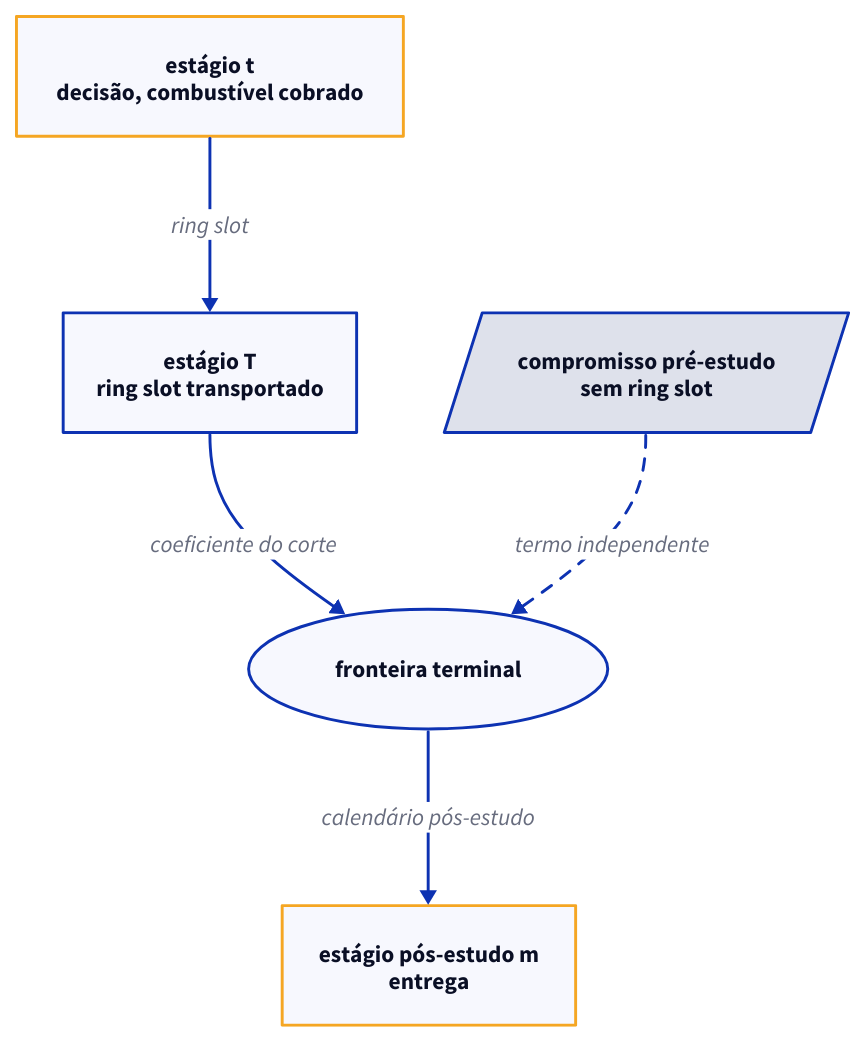
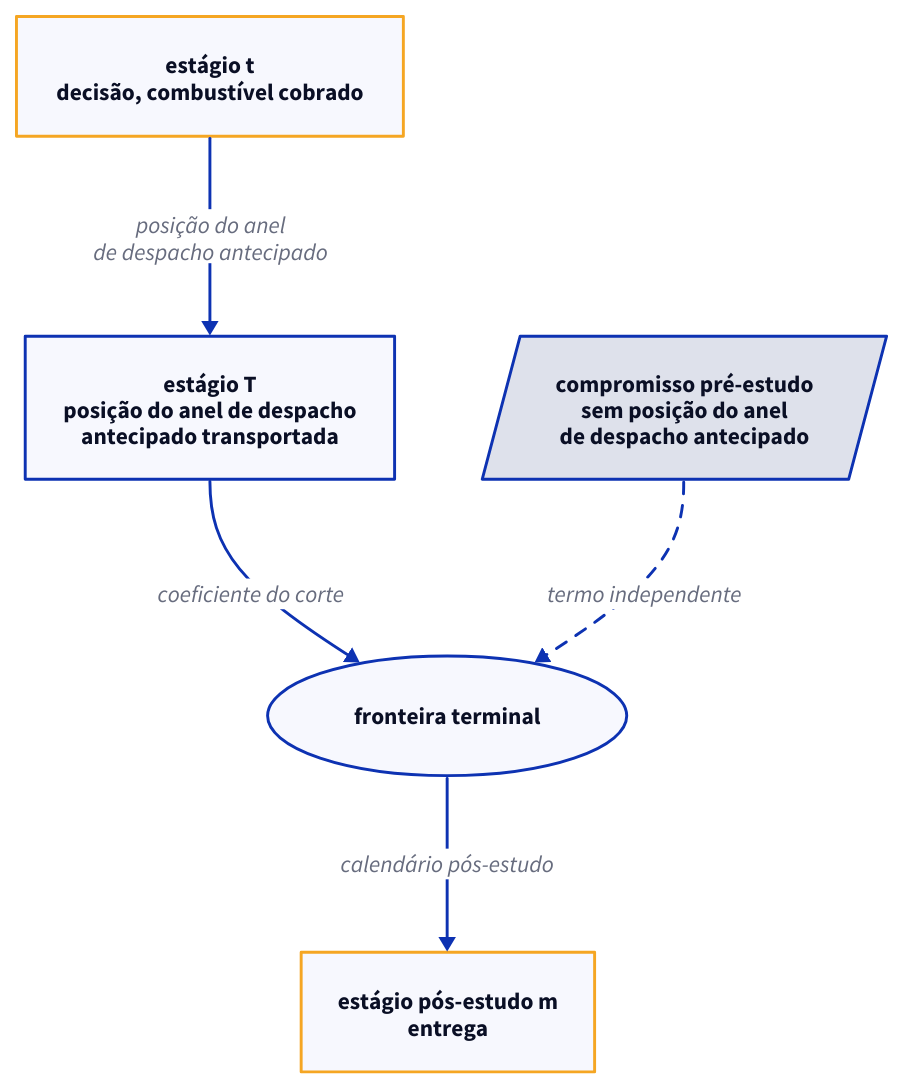
One commit to ons-ccee-epe/novomodelo-docs changed the first of 3 diagrams in src/content/docs/pt-br/math/post-study-boundary.md. Above: the diagram before and after it, drawn with D2. The commit also changed other lines of this file and 31 other files, not shown here.

````diff
--- a/src/content/docs/pt-br/math/post-study-boundary.md
+++ b/src/content/docs/pt-br/math/post-study-boundary.md
@@ -70,18 +70,18 @@
 ```d2
 direction: down
 
 classes: {
   thermal: {style: {stroke: "#f5a623"}}
 }
 
 decide: "estágio t\ndecisão, combustível cobrado" {class: thermal}
-carry: "estágio T\nring slot transportado"
-prestudy: "compromisso pré-estudo\nsem ring slot" {shape: parallelogram}
+carry: "estágio T\nposição do anel de despacho\nantecipado transportada"
+prestudy: "compromisso pré-estudo\nsem posição do anel\nde despacho antecipado" {shape: parallelogram}
 boundary: "fronteira terminal" {shape: oval}
 deliver: "estágio pós-estudo m\nentrega" {class: thermal}
 
-decide -> carry: "ring slot"
+decide -> carry: "posição do anel\nde despacho antecipado"
 carry -> boundary: "coeficiente do corte"
 prestudy -> boundary: "termo independente" {style.stroke-dash: 4}
 boundary -> deliver: "calendário pós-estudo"
 ```
````
